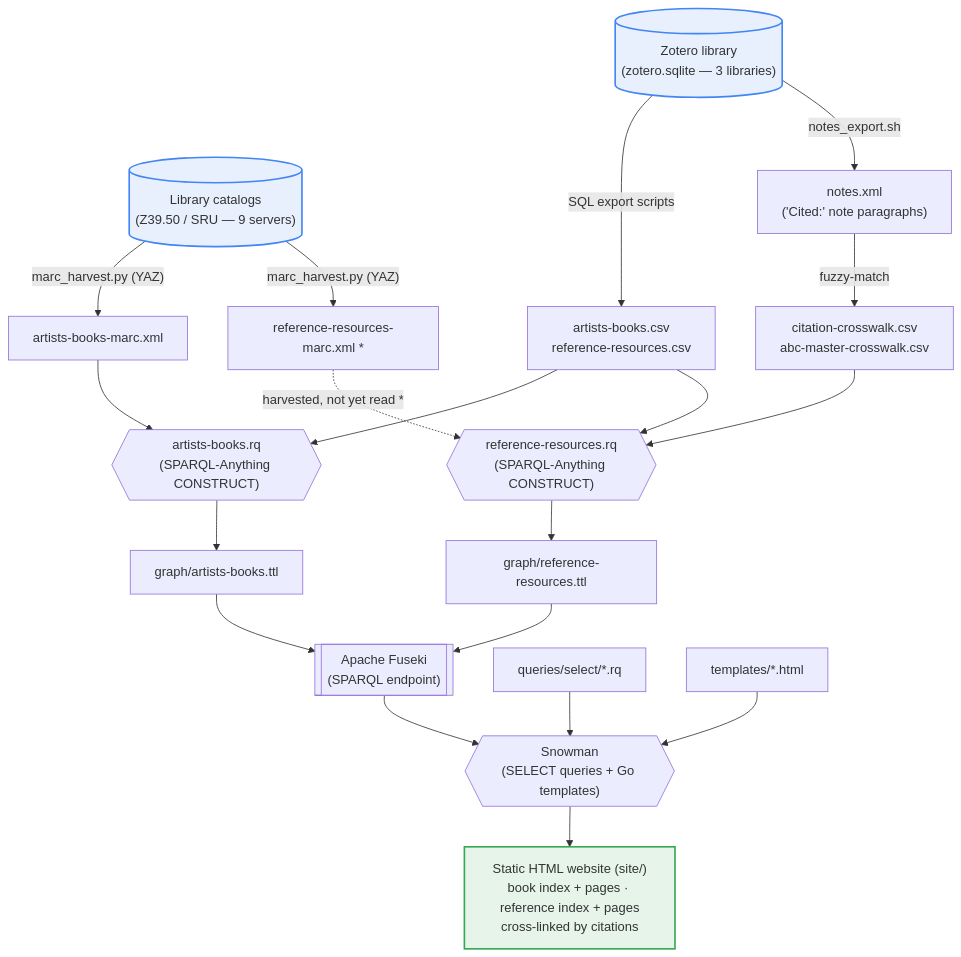
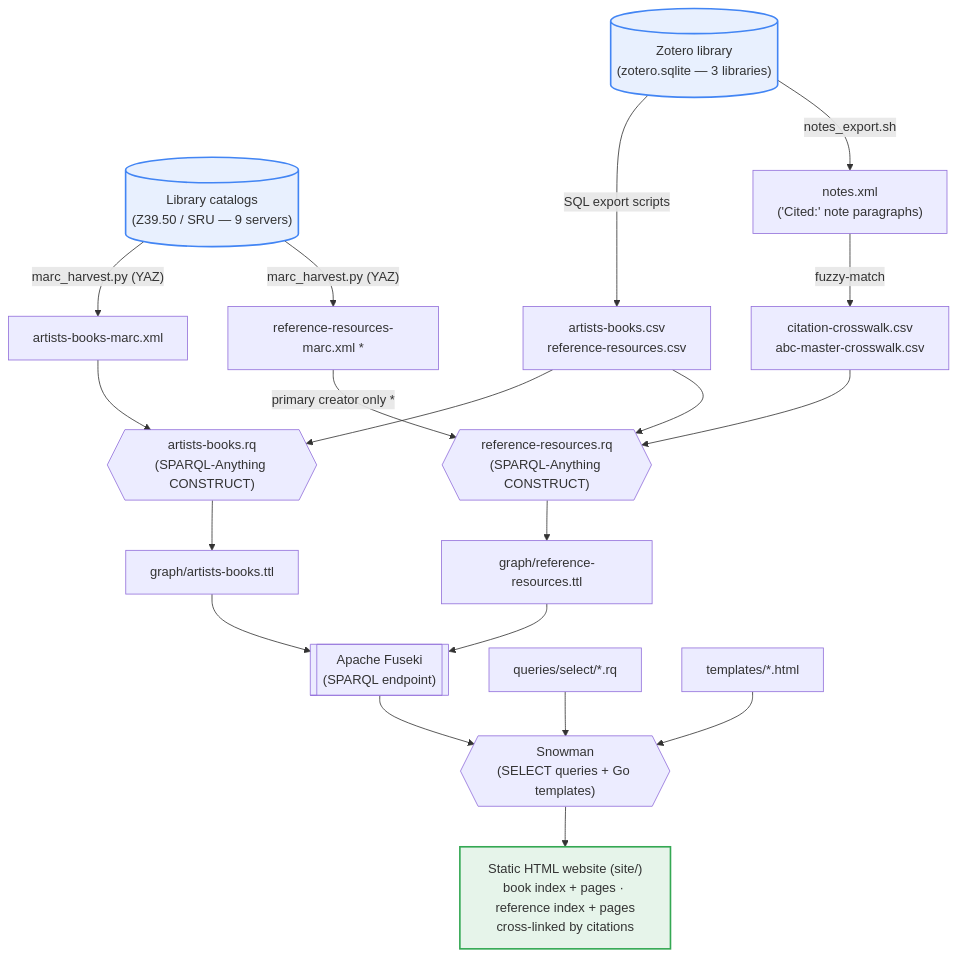
The diagram in PIPELINE.md (dkglab/artists-books), drawn with Mermaid before and after one commit. The commit also changed other lines of this file and 3 other files, not shown here.

First line of the commit message:
docs: reflect the basic reference-MARC slice (primary creator)

````diff
--- a/PIPELINE.md
+++ b/PIPELINE.md
@@ -5,57 +5,57 @@
 ```mermaid
 flowchart TD
     %% ---- Inputs ----
     zotero[("Zotero library<br/>(zotero.sqlite — 3 libraries)")]
     catalogs[("Library catalogs<br/>(Z39.50 / SRU — 9 servers)")]
 
     %% ---- Stage 1: source extraction ----
     zotero -->|"SQL export scripts"| csvs["artists-books.csv<br/>reference-resources.csv"]
     zotero -->|"notes_export.sh"| notes["notes.xml<br/>('Cited:' note paragraphs)"]
     notes -->|"fuzzy-match"| crosswalks["citation-crosswalk.csv<br/>abc-master-crosswalk.csv"]
 
     catalogs -->|"marc_harvest.py (YAZ)"| marc["artists-books-marc.xml"]
     catalogs -->|"marc_harvest.py (YAZ)"| refmarc["reference-resources-marc.xml *"]
 
     %% ---- Stage 2: CONSTRUCT queries (SPARQL-Anything) ----
     csvs --> abrq{{"artists-books.rq<br/>(SPARQL-Anything CONSTRUCT)"}}
     marc --> abrq
     csvs --> refrq{{"reference-resources.rq<br/>(SPARQL-Anything CONSTRUCT)"}}
     crosswalks --> refrq
-    refmarc -.->|"harvested, not yet read *"| refrq
+    refmarc -->|"primary creator only *"| refrq
 
     abrq --> abttl["graph/artists-books.ttl"]
     refrq --> refttl["graph/reference-resources.ttl"]
 
     %% ---- Stage 3: graph store ----
     abttl --> fuseki[["Apache Fuseki<br/>(SPARQL endpoint)"]]
     refttl --> fuseki
 
     %% ---- Stage 4: site generation ----
     fuseki --> snowman{{"Snowman<br/>(SELECT queries + Go templates)"}}
     selects["queries/select/*.rq"] --> snowman
     templates["templates/*.html"] --> snowman
 
     %% ---- Output ----
     snowman --> site["Static HTML website (site/)<br/>book index + pages · reference index + pages<br/>cross-linked by citations"]
 
     %% ---- Clickable links to the README sections that document each stage ----
     %% Absolute URLs: GitHub renders Mermaid in a sandboxed iframe where
     %% relative paths resolve against viewscreen.githubusercontent.com and break.
     click csvs "https://github.com/dkglab/artists-books/blob/main/README.md#1-zotero--csv" "README §1: Zotero → CSV"
     click notes "https://github.com/dkglab/artists-books/blob/main/README.md#1-zotero--csv" "README §1: Zotero → CSV"
     click crosswalks "https://github.com/dkglab/artists-books/blob/main/README.md#1-zotero--csv" "README §1: Zotero → CSV"
     click marc "https://github.com/dkglab/artists-books/blob/main/README.md#2-library-catalogs--marcxml" "README §2: Library catalogs → MARCXML"
     click refmarc "https://github.com/dkglab/artists-books/blob/main/README.md#2-library-catalogs--marcxml" "README §2: Library catalogs → MARCXML"
     click abrq "https://github.com/dkglab/artists-books/blob/main/README.md#3-csv--marcxml--rdf-graph" "README §3: CSV + MARCXML → RDF graph"
     click refrq "https://github.com/dkglab/artists-books/blob/main/README.md#3-csv--marcxml--rdf-graph" "README §3: CSV + MARCXML → RDF graph"
     click abttl "https://github.com/dkglab/artists-books/blob/main/README.md#3-csv--marcxml--rdf-graph" "README §3: CSV + MARCXML → RDF graph"
     click refttl "https://github.com/dkglab/artists-books/blob/main/README.md#3-csv--marcxml--rdf-graph" "README §3: CSV + MARCXML → RDF graph"
     click fuseki "https://github.com/dkglab/artists-books/blob/main/README.md#4-rdf-graph--website" "README §4: RDF graph → website"
     click snowman "https://github.com/dkglab/artists-books/blob/main/README.md#4-rdf-graph--website" "README §4: RDF graph → website"
     click site "https://github.com/dkglab/artists-books/blob/main/README.md#4-rdf-graph--website" "README §4: RDF graph → website"
 
     classDef input fill:#e8f0fe,stroke:#4285f4,stroke-width:2px;
     classDef output fill:#e6f4ea,stroke:#34a853,stroke-width:2px;
     class zotero,catalogs input;
     class site output;
 ```
````
